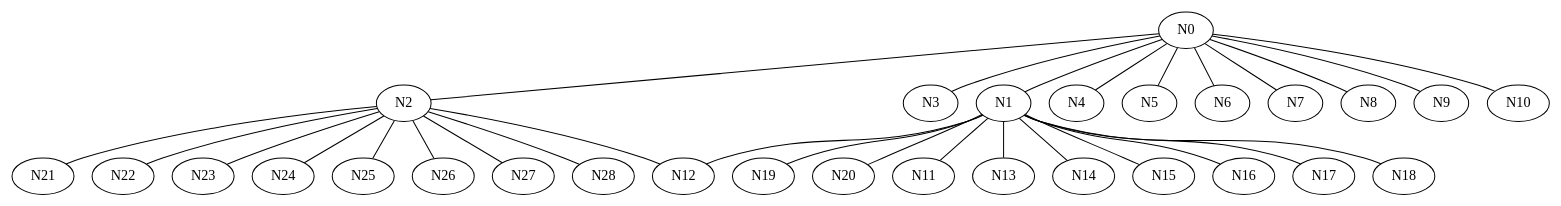
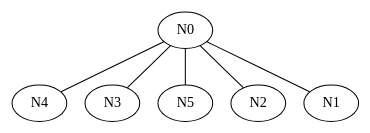
Before and after one commit to bjornbugge/anagopos: the diagram in kode/img/fdfsdfsdf.dot, drawn with Graphviz. The commit also changed 7 other files, not shown here.

```diff
--- a/kode/img/fdfsdfsdf.dot
+++ b/kode/img/fdfsdfsdf.dot
@@ -1,31 +1,7 @@
 strict graph {
+	N0 -- N4;
+	N0 -- N3;
+	N0 -- N5;
 	N0 -- N2;
-	N0 -- N3;
 	N0 -- N1;
-	N0 -- N4;
-	N0 -- N5;
-	N0 -- N6;
-	N0 -- N7;
-	N0 -- N8;
-	N0 -- N9;
-	N0 -- N10;
-	N1 -- N19;
-	N1 -- N20;
-	N1 -- N11;
-	N1 -- N12;
-	N1 -- N13;
-	N1 -- N14;
-	N1 -- N15;
-	N1 -- N16;
-	N1 -- N17;
-	N1 -- N18;
-	N2 -- N21;
-	N2 -- N22;
-	N2 -- N23;
-	N2 -- N24;
-	N2 -- N25;
-	N2 -- N26;
-	N2 -- N27;
-	N2 -- N28;
-	N2 -- N12;
 }
```
